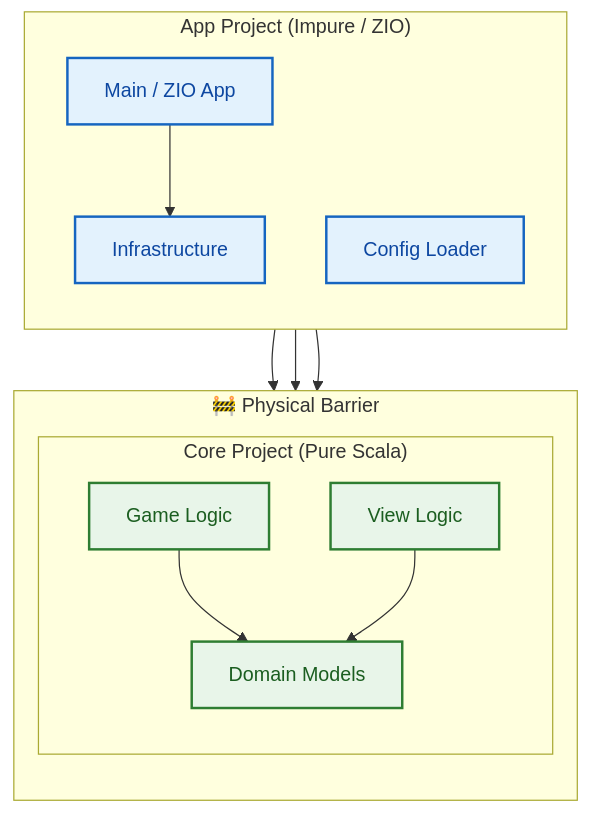
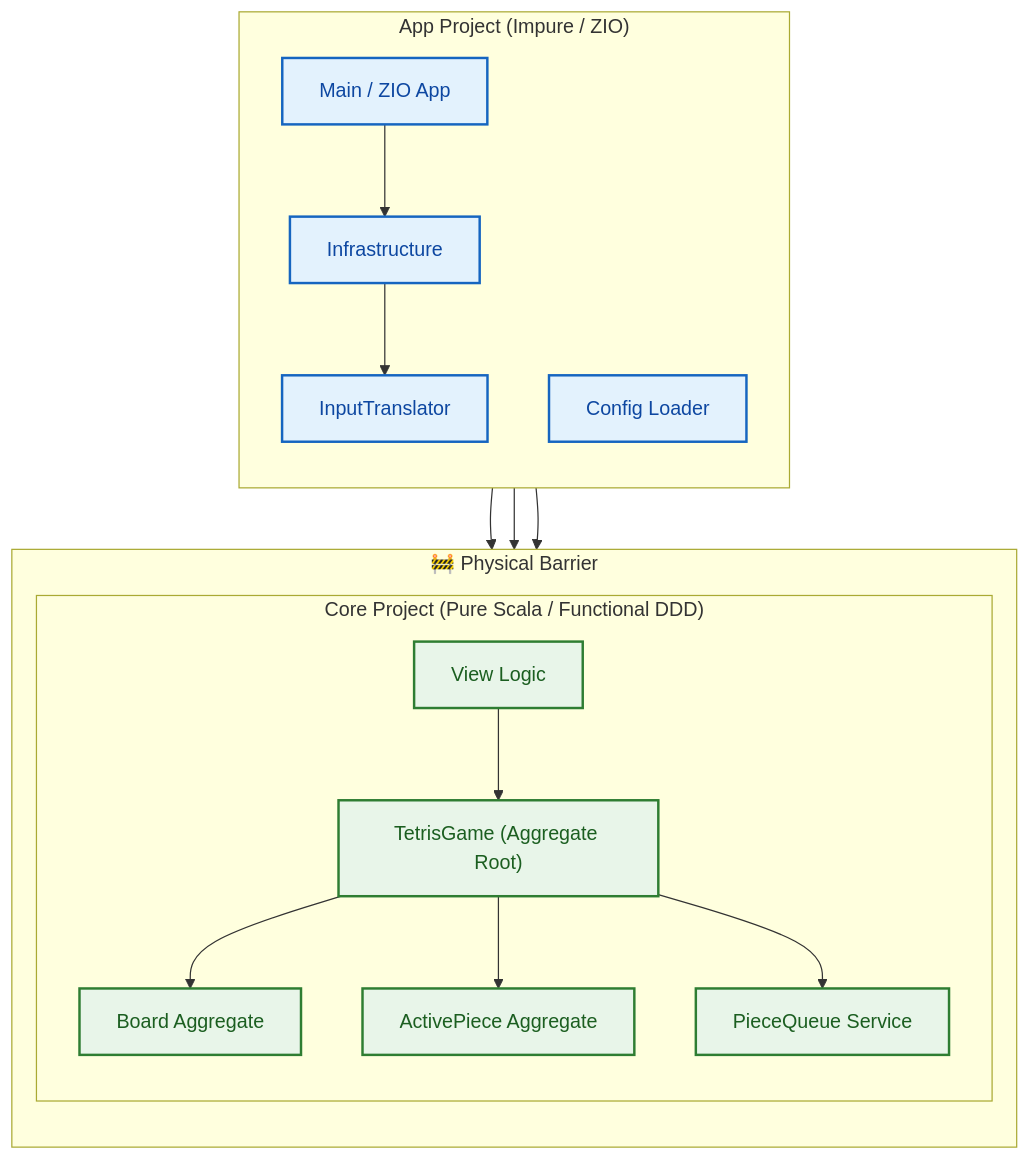
One commit to fffclaypool/monadris changed the second of 3 diagrams in README.md. Above: the diagram before and after it, drawn with Mermaid. The commit also changed other lines of this file and 40 other files, not shown here.

First line of the commit message:
refactor: migrate to Functional DDD architecture

````diff
--- a/README.md
+++ b/README.md
@@ -66,30 +69,36 @@
 ```mermaid
 graph TD
     %% Styles
     classDef pure fill:#e8f5e9,stroke:#2e7d32,stroke-width:2px,color:#1b5e20;
     classDef impure fill:#e3f2fd,stroke:#1565c0,stroke-width:2px,color:#0d47a1;
     classDef boundary fill:none,stroke:#90a4ae,stroke-width:2px,stroke-dasharray: 5 5;
 
     subgraph AppProject ["App Project (Impure / ZIO)"]
         direction TB
         Main["Main / ZIO App"]:::impure
         Infra["Infrastructure"]:::impure
+        Translator["InputTranslator"]:::impure
         ConfigLoader["Config Loader"]:::impure
     end
 
     subgraph Boundary ["🚧 Physical Barrier"]
         direction TB
-        subgraph CoreProject ["Core Project (Pure Scala)"]
-            Logic["Game Logic"]:::pure
-            Domain["Domain Models"]:::pure
+        subgraph CoreProject ["Core Project (Pure Scala / Functional DDD)"]
+            Game["TetrisGame (Aggregate Root)"]:::pure
+            Board["Board Aggregate"]:::pure
+            Piece["ActivePiece Aggregate"]:::pure
+            Service["PieceQueue Service"]:::pure
             View["View Logic"]:::pure
         end
     end
 
     Main --> Infra
-    Infra --> Logic
+    Infra --> Translator
+    Translator --> Game
     Infra --> View
-    Logic --> Domain
-    View --> Domain
-    ConfigLoader --> Domain
+    Game --> Board
+    Game --> Piece
+    Game --> Service
+    View --> Game
+    ConfigLoader --> Game
 ```
````
